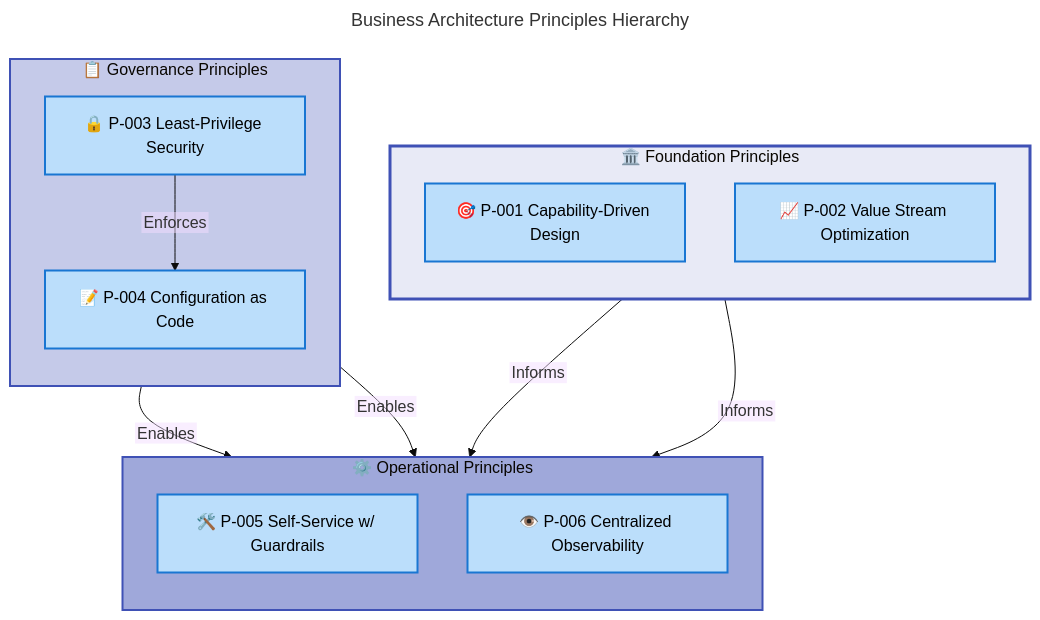
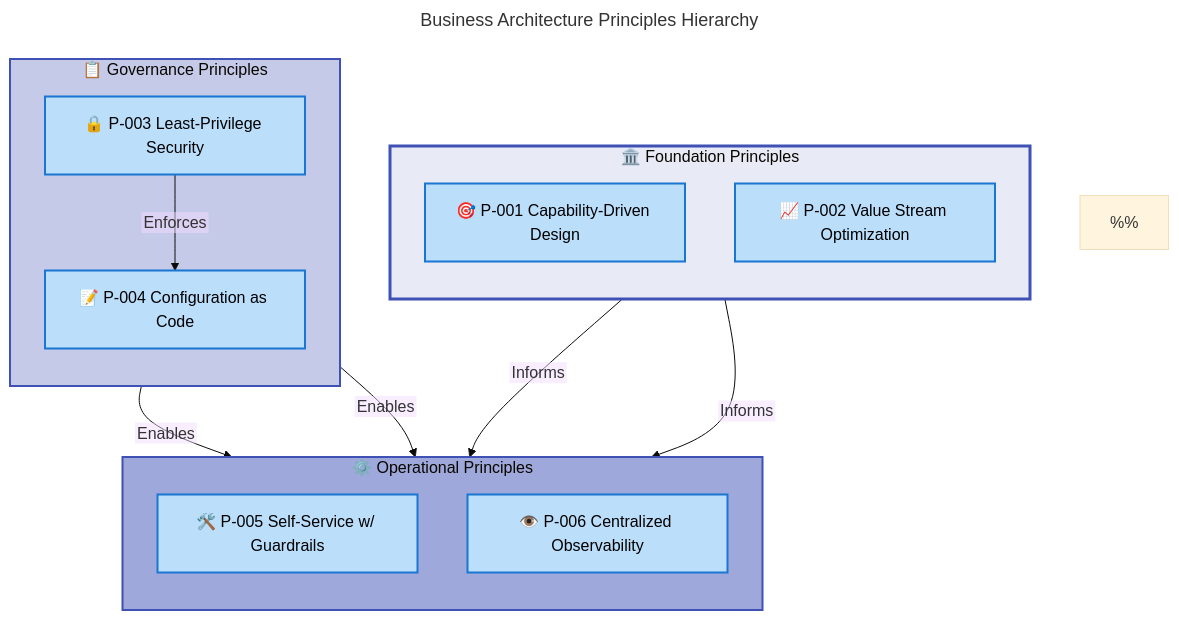
Before and after one commit to Evilazaro/DevExp-DevBox: the third of 5 diagrams in docs/Business-Architecture-BDAT.md, drawn with Mermaid. The commit also changed other lines of this file, not shown here.

Commit message:
Enhance Business Architecture Document with detailed diagram structures and color rationales for improved clarity and understanding of strategic objectives and capabilities

````diff
--- a/docs/Business-Architecture-BDAT.md
+++ b/docs/Business-Architecture-BDAT.md
@@ -536,51 +565,62 @@
 ```mermaid
 ---
 title: Business Architecture Principles Hierarchy
 config:
   theme: base
   flowchart:
     htmlLabels: false
 ---
 flowchart TD
     accTitle: Principles Hierarchy showing relationships between architectural principles
     accDescr: Hierarchical structure of business architecture principles with dependencies
+
+    %% DIAGRAM STRUCTURE:
+    %% - 3 levels of principles (parent-child-grandchild nesting)
+    %% - Foundation principles inform operational principles
+    %% - Governance principles enforce and enable other principles
+    %%
+    %% COLOR RATIONALE:
+    %% - Using HIERARCHICAL colors for structural nesting (not functional siblings)
+    %% - Level 1 (Foundation): #E8EAF6 (Indigo 50)
+    %% - Level 2 (Governance): #C5CAE9 (Indigo 100)
+    %% - Level 3 (Operational): #9FA8DA (Indigo 200)
 
     %% STANDARD COLOR SCHEME v2.1 - Material Design 3
     %% Hierarchical Colors (Structural Nesting)
     classDef level1Group fill:#E8EAF6,stroke:#3F51B5,stroke-width:3px,color:#000
     classDef level2Group fill:#C5CAE9,stroke:#3F51B5,stroke-width:2px,color:#000
     classDef level3Group fill:#9FA8DA,stroke:#3F51B5,stroke-width:2px,color:#000
 
     %% Semantic Colors (Functional Content)
     classDef mdBlue fill:#BBDEFB,stroke:#1976D2,stroke-width:2px,color:#000
 
     subgraph foundation["🏛️ Foundation Principles"]
         direction TB
         p1["🎯 P-001 Capability-Driven Design"]:::mdBlue
         p2["📈 P-002 Value Stream Optimization"]:::mdBlue
     end
 
     subgraph governance["📋 Governance Principles"]
         direction TB
         p3["🔒 P-003 Least-Privilege Security"]:::mdBlue
         p4["📝 P-004 Configuration as Code"]:::mdBlue
     end
 
     subgraph operational["⚙️ Operational Principles"]
         direction TB
         p5["🛠️ P-005 Self-Service w/ Guardrails"]:::mdBlue
         p6["👁️ P-006 Centralized Observability"]:::mdBlue
     end
 
     p1 -->|"Informs"| p5
     p2 -->|"Informs"| p5
     p3 -->|"Enforces"| p4
     p4 -->|"Enables"| p5
     p4 -->|"Enables"| p6
 
     style foundation fill:#E8EAF6,stroke:#3F51B5,stroke-width:3px
     style governance fill:#C5CAE9,stroke:#3F51B5,stroke-width:2px
     style operational fill:#9FA8DA,stroke:#3F51B5,stroke-width:2px
 
     %% Accessibility: WCAG AA verified (4.5:1 contrast ratio)
 ```
````
